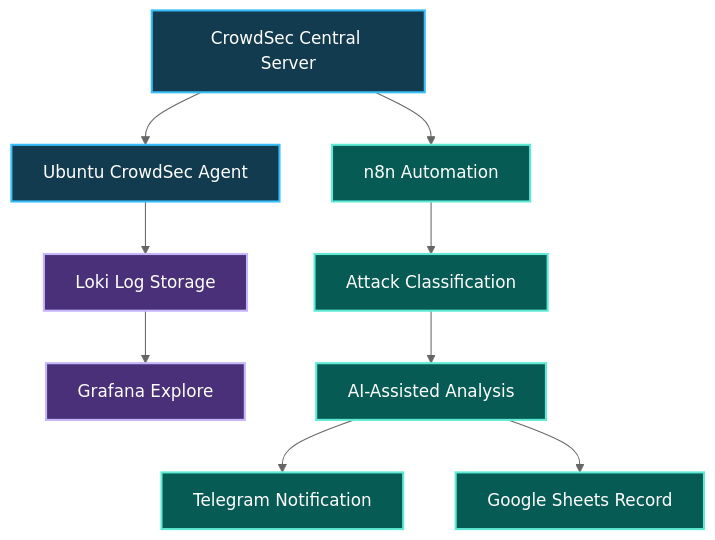
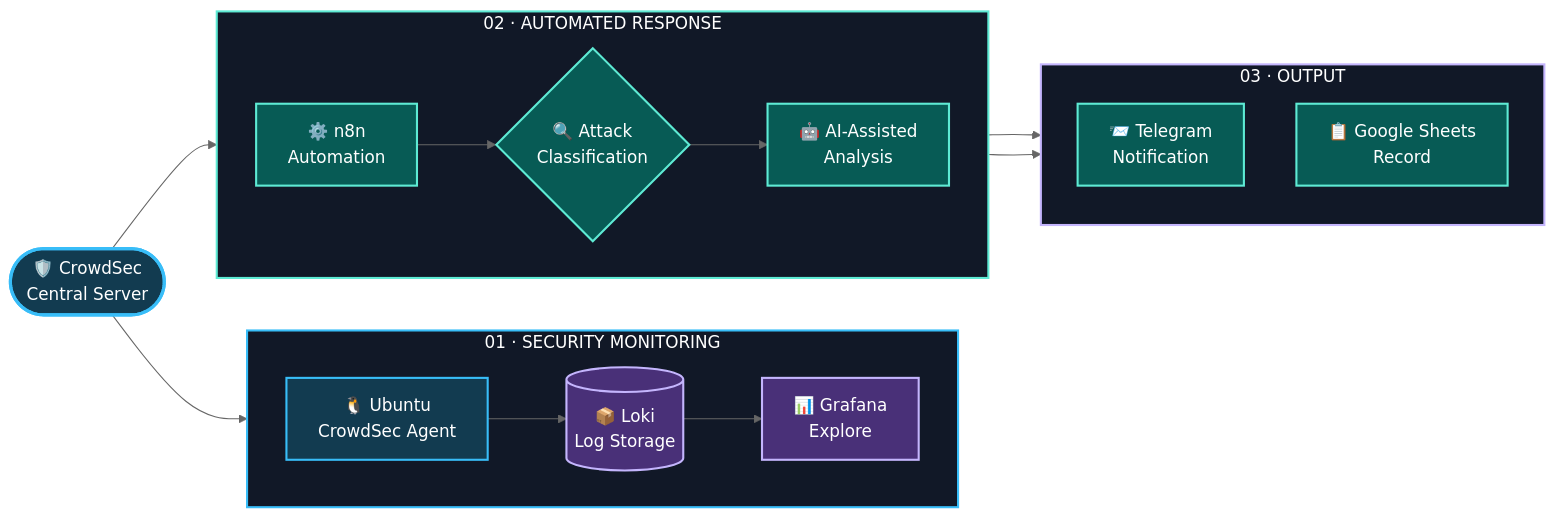
The first of 2 diagrams in README.md (Rana-Shraddha/Rana-Shraddha), drawn with Mermaid (neutral theme) before and after one commit.

Commit message:
Revise flowchart layout in README.md
Updated flowchart to include automated response and output sections.

````diff
--- a/README.md
+++ b/README.md
@@ -240,22 +240,45 @@
 ```mermaid
-flowchart TD
-    A["CrowdSec Central Server"] --> B["Ubuntu CrowdSec Agent"]
-    B --> C["Loki Log Storage"]
-    C --> D["Grafana Explore"]
+flowchart LR
+    CS(["🛡️ CrowdSec<br/>Central Server"])
 
-    A --> E["n8n Automation"]
-    E --> F["Attack Classification"]
-    F --> G["AI-Assisted Analysis"]
-    G --> H["Telegram Notification"]
-    G --> I["Google Sheets Record"]
+    subgraph MON["01 · SECURITY MONITORING"]
+        direction LR
+        AG["🐧 Ubuntu<br/>CrowdSec Agent"]
+        LK[("📦 Loki<br/>Log Storage")]
+        GF["📊 Grafana<br/>Explore"]
+        AG --> LK --> GF
+    end
 
-    style A fill:#123B50,stroke:#38BDF8,color:#FFFFFF,stroke-width:2px
-    style B fill:#123B50,stroke:#38BDF8,color:#FFFFFF,stroke-width:2px
-    style C fill:#493078,stroke:#C4B5FD,color:#FFFFFF,stroke-width:2px
-    style D fill:#493078,stroke:#C4B5FD,color:#FFFFFF,stroke-width:2px
-    style E fill:#075B55,stroke:#5EEAD4,color:#FFFFFF,stroke-width:2px
-    style F fill:#075B55,stroke:#5EEAD4,color:#FFFFFF,stroke-width:2px
-    style G fill:#075B55,stroke:#5EEAD4,color:#FFFFFF,stroke-width:2px
-    style H fill:#075B55,stroke:#5EEAD4,color:#FFFFFF,stroke-width:2px
-    style I fill:#075B55,stroke:#5EEAD4,color:#FFFFFF,stroke-width:2px
+    subgraph AUTO["02 · AUTOMATED RESPONSE"]
+        direction LR
+        N8["⚙️ n8n<br/>Automation"]
+        AC{"🔍 Attack<br/>Classification"}
+        AI["🤖 AI-Assisted<br/>Analysis"]
+        N8 --> AC --> AI
+    end
+
+    subgraph OUT["03 · OUTPUT"]
+        direction TB
+        TG["📨 Telegram<br/>Notification"]
+        GS["📋 Google Sheets<br/>Record"]
+    end
+
+    CS --> AG
+    CS --> N8
+    AI --> TG
+    AI --> GS
+
+    style CS fill:#123B50,stroke:#38BDF8,color:#FFFFFF,stroke-width:3px
+    style AG fill:#123B50,stroke:#38BDF8,color:#FFFFFF,stroke-width:2px
+    style LK fill:#493078,stroke:#C4B5FD,color:#FFFFFF,stroke-width:2px
+    style GF fill:#493078,stroke:#C4B5FD,color:#FFFFFF,stroke-width:2px
+    style N8 fill:#075B55,stroke:#5EEAD4,color:#FFFFFF,stroke-width:2px
+    style AC fill:#075B55,stroke:#5EEAD4,color:#FFFFFF,stroke-width:2px
+    style AI fill:#075B55,stroke:#5EEAD4,color:#FFFFFF,stroke-width:2px
+    style TG fill:#075B55,stroke:#5EEAD4,color:#FFFFFF,stroke-width:2px
+    style GS fill:#075B55,stroke:#5EEAD4,color:#FFFFFF,stroke-width:2px
+
+    style MON fill:#111827,stroke:#38BDF8,stroke-width:2px,color:#FFFFFF
+    style AUTO fill:#111827,stroke:#5EEAD4,stroke-width:2px,color:#FFFFFF
+    style OUT fill:#111827,stroke:#C4B5FD,stroke-width:2px,color:#FFFFFF
 ```
````
